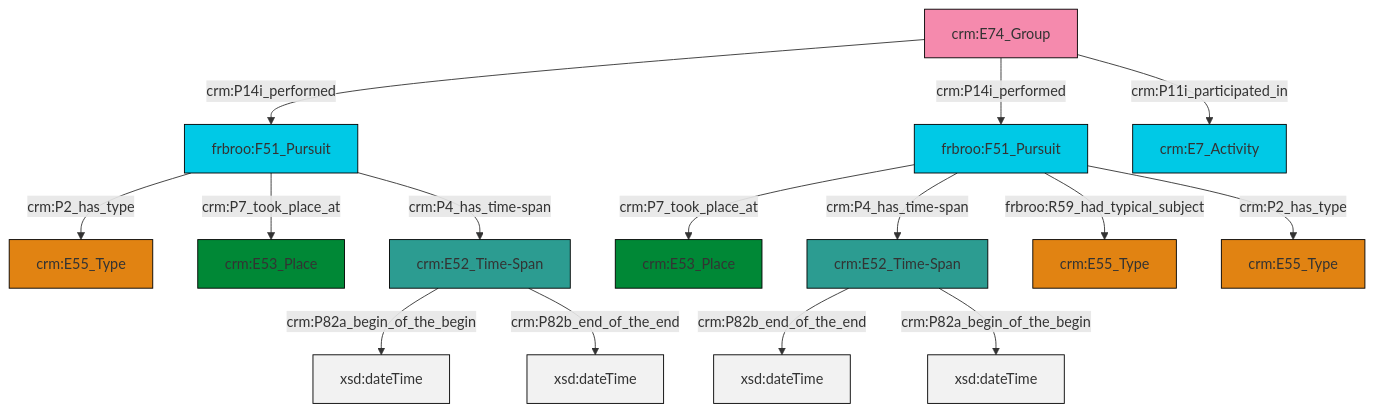
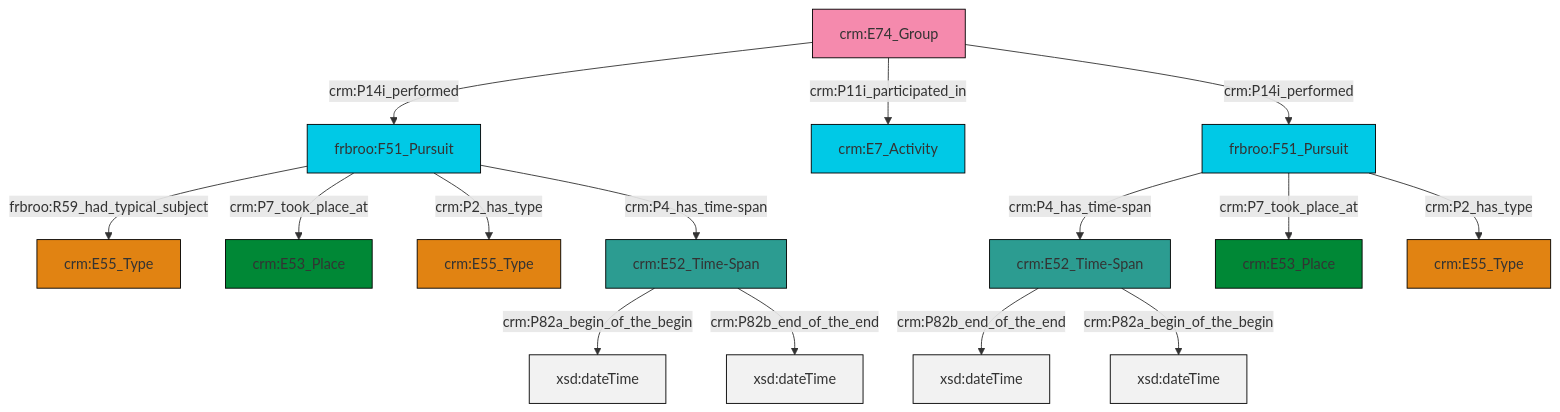
Before and after one commit to swiss-art-research-net/reference-data-models: the diagram in et/groupCSV/ttl/mmd/group_events.ttl.mmd, drawn with Mermaid. The commit also changed 131 other files, not shown here.

```diff
--- a/et/groupCSV/ttl/mmd/group_events.ttl.mmd
+++ b/et/groupCSV/ttl/mmd/group_events.ttl.mmd
@@ -1,29 +1,29 @@
 graph TD
 classDef Literal fill:#f2f2f2,stroke:#000000;
 classDef CRM_Entity fill:#FFFFFF,stroke:#000000;
 classDef Temporal_Entity fill:#00C9E6, stroke:#000000;
 classDef Type fill:#E18312, stroke:#000000;
 classDef Time-Span fill:#2C9C91, stroke:#000000;
 classDef Appellation fill:#FFEB7F, stroke:#000000;
 classDef Place fill:#008836, stroke:#000000;
 classDef Persistent_Item fill:#B266B2, stroke:#000000;
 classDef Conceptual_Object fill:#FFD700, stroke:#000000;
 classDef Physical_Thing fill:#D2B48C, stroke:#000000;
 classDef Actor fill:#f58aad, stroke:#000000;
 classDef PC_Classes fill:#4ce600, stroke:#000000;
 classDef Multi fill:#cccccc,stroke:#000000;
 
-0["frbroo:F51_Pursuit"]:::Temporal_Entity -->|crm:P7_took_place_at| 1["crm:E53_Place"]:::Place
-3["crm:E74_Group"]:::Actor -->|crm:P14i_performed| 4["frbroo:F51_Pursuit"]:::Temporal_Entity
-7["crm:E52_Time-Span"]:::Time-Span -->|crm:P82b_end_of_the_end| 8[xsd:dateTime]:::Literal
-7["crm:E52_Time-Span"]:::Time-Span -->|crm:P82a_begin_of_the_begin| 16[xsd:dateTime]:::Literal
-4["frbroo:F51_Pursuit"]:::Temporal_Entity -->|crm:P2_has_type| 10["crm:E55_Type"]:::Type
-3["crm:E74_Group"]:::Actor -->|crm:P14i_performed| 0["frbroo:F51_Pursuit"]:::Temporal_Entity
-0["frbroo:F51_Pursuit"]:::Temporal_Entity -->|crm:P4_has_time-span| 7["crm:E52_Time-Span"]:::Time-Span
-12["crm:E52_Time-Span"]:::Time-Span -->|crm:P82a_begin_of_the_begin| 17[xsd:dateTime]:::Literal
-12["crm:E52_Time-Span"]:::Time-Span -->|crm:P82b_end_of_the_end| 22[xsd:dateTime]:::Literal
-4["frbroo:F51_Pursuit"]:::Temporal_Entity -->|crm:P7_took_place_at| 23["crm:E53_Place"]:::Place
-0["frbroo:F51_Pursuit"]:::Temporal_Entity -->|frbroo:R59_had_typical_subject| 24["crm:E55_Type"]:::Type
-0["frbroo:F51_Pursuit"]:::Temporal_Entity -->|crm:P2_has_type| 14["crm:E55_Type"]:::Type
-3["crm:E74_Group"]:::Actor -->|crm:P11i_participated_in| 5["crm:E7_Activity"]:::Temporal_Entity
-4["frbroo:F51_Pursuit"]:::Temporal_Entity -->|crm:P4_has_time-span| 12["crm:E52_Time-Span"]:::Time-Span
+0["frbroo:F51_Pursuit"]:::Temporal_Entity -->|frbroo:R59_had_typical_subject| 1["crm:E55_Type"]:::Type
+4["crm:E52_Time-Span"]:::Time-Span -->|crm:P82b_end_of_the_end| 5[xsd:dateTime]:::Literal
+0["frbroo:F51_Pursuit"]:::Temporal_Entity -->|crm:P7_took_place_at| 6["crm:E53_Place"]:::Place
+7["frbroo:F51_Pursuit"]:::Temporal_Entity -->|crm:P4_has_time-span| 4["crm:E52_Time-Span"]:::Time-Span
+4["crm:E52_Time-Span"]:::Time-Span -->|crm:P82a_begin_of_the_begin| 10[xsd:dateTime]:::Literal
+0["frbroo:F51_Pursuit"]:::Temporal_Entity -->|crm:P2_has_type| 8["crm:E55_Type"]:::Type
+7["frbroo:F51_Pursuit"]:::Temporal_Entity -->|crm:P7_took_place_at| 11["crm:E53_Place"]:::Place
+12["crm:E74_Group"]:::Actor -->|crm:P14i_performed| 0["frbroo:F51_Pursuit"]:::Temporal_Entity
+12["crm:E74_Group"]:::Actor -->|crm:P11i_participated_in| 15["crm:E7_Activity"]:::Temporal_Entity
+2["crm:E52_Time-Span"]:::Time-Span -->|crm:P82a_begin_of_the_begin| 16[xsd:dateTime]:::Literal
+7["frbroo:F51_Pursuit"]:::Temporal_Entity -->|crm:P2_has_type| 18["crm:E55_Type"]:::Type
+2["crm:E52_Time-Span"]:::Time-Span -->|crm:P82b_end_of_the_end| 23[xsd:dateTime]:::Literal
+12["crm:E74_Group"]:::Actor -->|crm:P14i_performed| 7["frbroo:F51_Pursuit"]:::Temporal_Entity
+0["frbroo:F51_Pursuit"]:::Temporal_Entity -->|crm:P4_has_time-span| 2["crm:E52_Time-Span"]:::Time-Span
```
